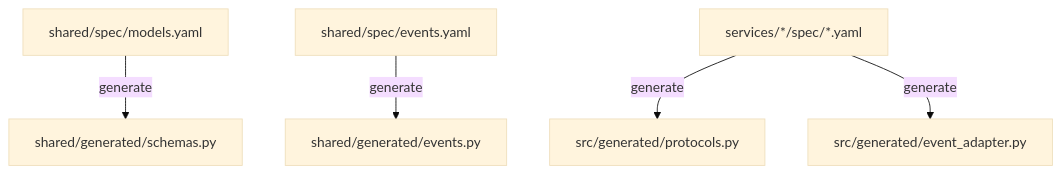
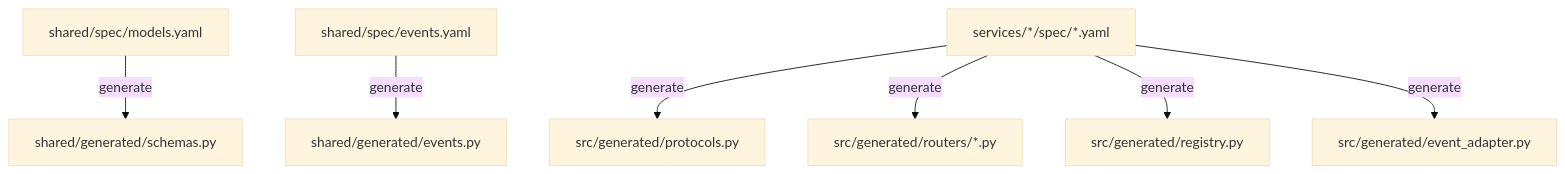
The diagram in docs/ARCHITECTURE.md (vladmesh/service-template), drawn with Mermaid (base theme) before and after one commit. The commit also changed other lines of this file and 46 other files, not shown here.

First line of the commit message:
Generate REST routers from specs (#40)

````diff
--- a/docs/ARCHITECTURE.md
+++ b/docs/ARCHITECTURE.md
@@ -9,7 +9,9 @@
 ```mermaid
 graph TD
     Models[shared/spec/models.yaml] -->|generate| Schemas[shared/generated/schemas.py]
     Events[shared/spec/events.yaml] -->|generate| EventsPy[shared/generated/events.py]
     Domain[services/*/spec/*.yaml] -->|generate| Protocols[src/generated/protocols.py]
+    Domain -->|generate| Routers[src/generated/routers/*.py]
+    Domain -->|generate| Registry[src/generated/registry.py]
     Domain -->|generate| EventAdapters[src/generated/event_adapter.py]
 ```
````
